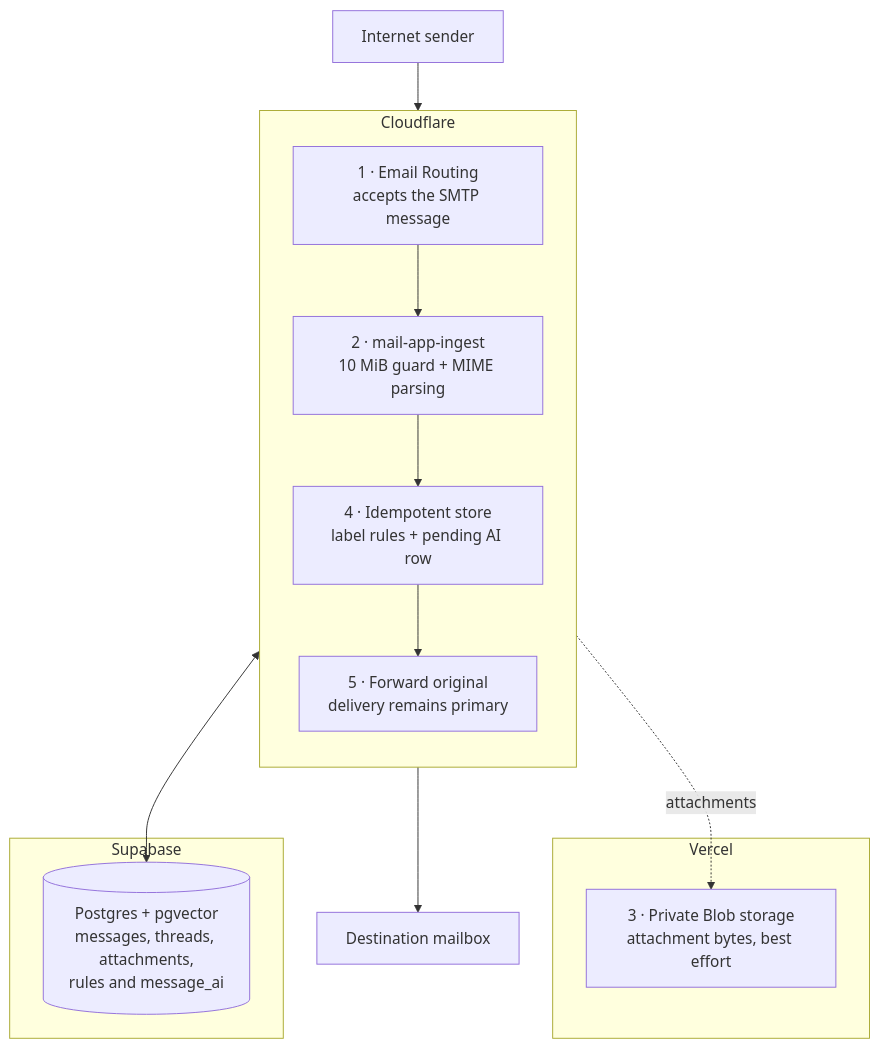
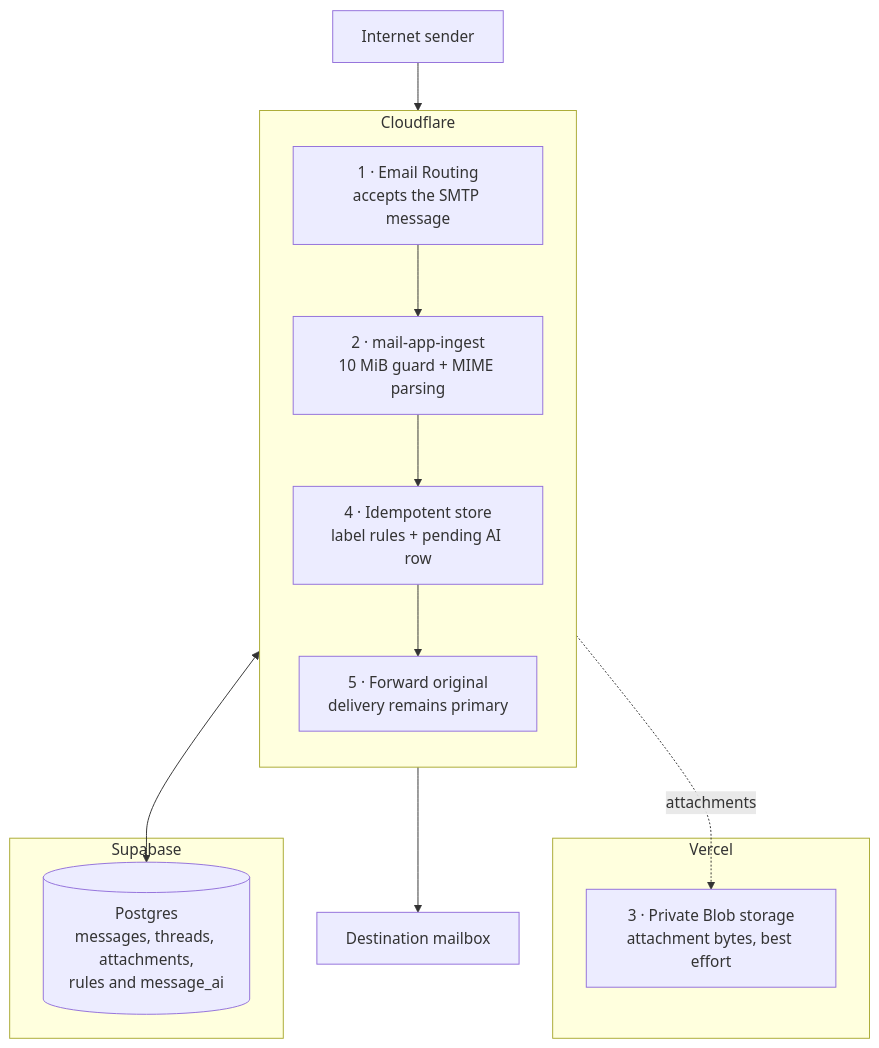
One commit to allistera/Cookie-Docs changed the third of 7 diagrams in docs/01-architecture.mdx. Above: the diagram before and after it, drawn with Mermaid. The commit also changed other lines of this file and 6 other files, not shown here.

````diff
--- a/docs/01-architecture.mdx
+++ b/docs/01-architecture.mdx
@@ -74,29 +75,29 @@
 ```mermaid
 flowchart TB
     Sender["Internet sender"]
 
     subgraph CF["Cloudflare"]
         direction TB
         Routing["1 · Email Routing<br/>accepts the SMTP message"]
         Worker["2 · mail-app-ingest<br/>10 MiB guard + MIME parsing"]
         Store["4 · Idempotent store<br/>label rules + pending AI row"]
         Forward["5 · Forward original<br/>delivery remains primary"]
 
         Routing --> Worker --> Store --> Forward
     end
 
     subgraph Vercel["Vercel"]
         Blob["3 · Private Blob storage<br/>attachment bytes, best effort"]
     end
 
     subgraph Supabase["Supabase"]
-        DB[("Postgres + pgvector<br/>messages, threads, attachments,<br/>rules and message_ai")]
+        DB[("Postgres<br/>messages, threads, attachments,<br/>rules and message_ai")]
     end
 
     Mailbox["Destination mailbox"]
 
     Sender --> Routing
     Worker -. attachments .-> Blob
     Store <--> DB
     Forward --> Mailbox
 ```
````
